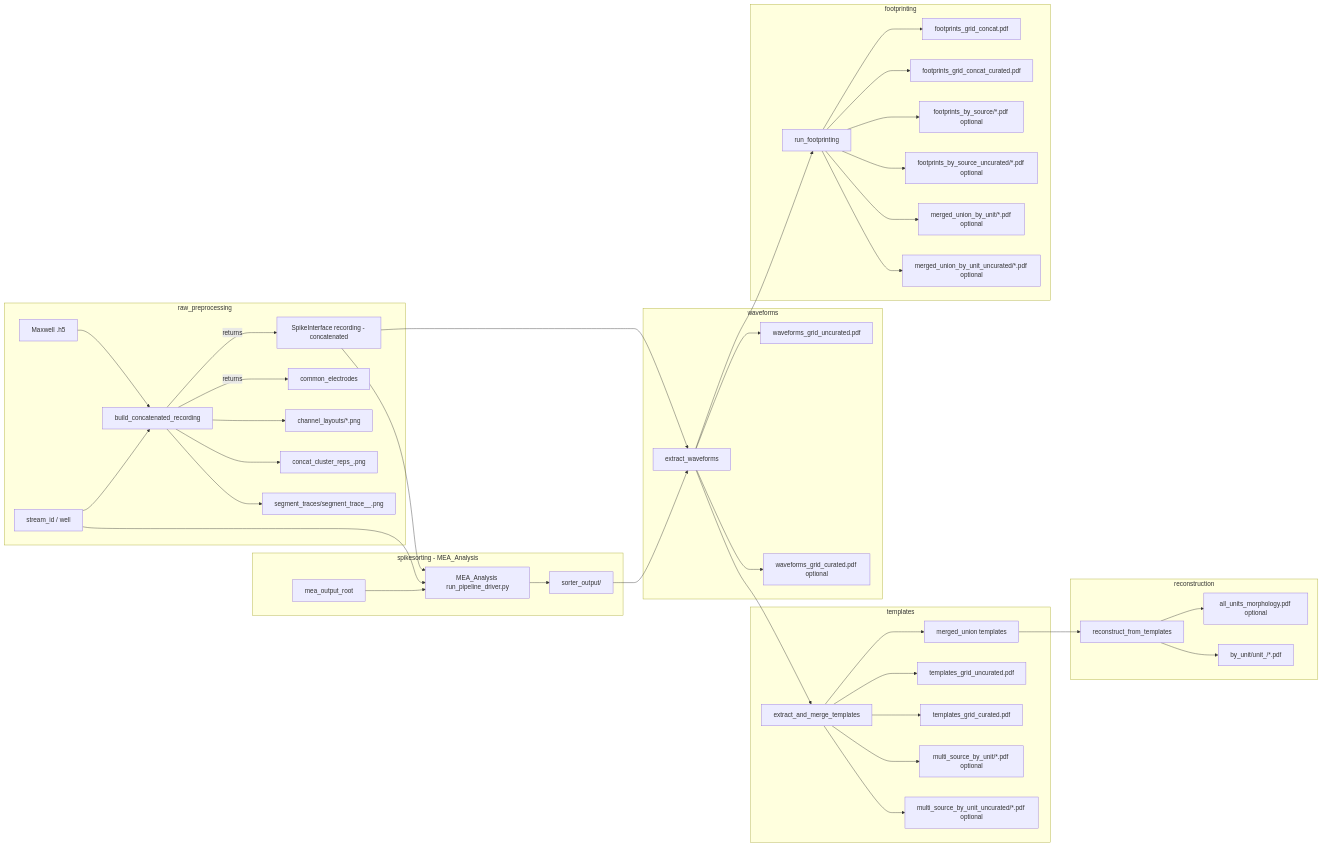
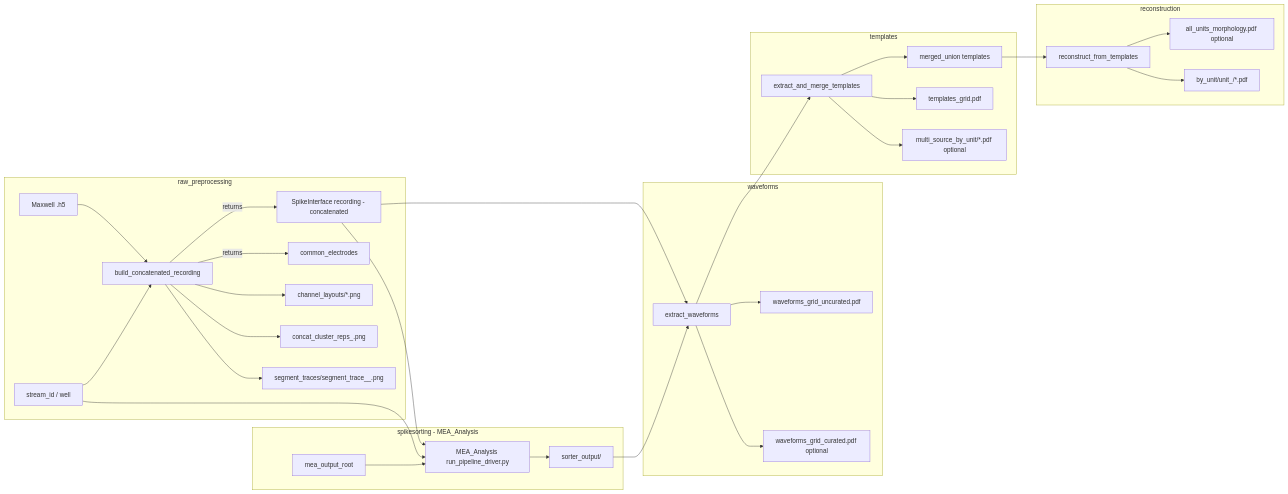
One commit to adamwea/axon_reconstructor changed the diagram in docs/diagrams/pipeline_overview.mmd. Above: the diagram before and after it, drawn with Mermaid. The commit also changed 40 other files, not shown here.

Commit message:
merged templates and footprinting to be just templates. Testing still needed

```diff
--- a/docs/diagrams/pipeline_overview.mmd
+++ b/docs/diagrams/pipeline_overview.mmd
@@ -1,72 +1,58 @@
 flowchart LR
   h5[Maxwell .h5]
   stream[stream_id / well]
   mea_root[mea_output_root]
 
   subgraph RP[raw_preprocessing]
     rp_fn[build_concatenated_recording]
     h5 --> rp_fn
     stream --> rp_fn
 
     rp_rec[SpikeInterface recording - concatenated]
     rp_common[common_electrodes]
 
     rp_fn -->|returns| rp_rec
     rp_fn -->|returns| rp_common
 
     rp_fn --> rp_layout[channel_layouts/*.png]
     rp_fn --> rp_concatplot[concat_cluster_reps_<stream_id>.png]
     rp_fn --> rp_segtraces[segment_traces/segment_trace_<stream_id>_<rec>.png]
   end
 
   subgraph SS[spikesorting - MEA_Analysis]
     ss_driver[MEA_Analysis run_pipeline_driver.py]
     rp_rec --> ss_driver
     stream --> ss_driver
     mea_root --> ss_driver
 
     ss_out[sorter_output/]
     ss_driver --> ss_out
   end
 
   subgraph WF[waveforms]
     wf_fn[extract_waveforms]
     rp_rec --> wf_fn
     ss_out --> wf_fn
 
     wf_fn --> wf_pdf1[waveforms_grid_uncurated.pdf]
     wf_fn --> wf_pdf2[waveforms_grid_curated.pdf optional]
   end
 
   subgraph TPL[templates]
     tpl_fn[extract_and_merge_templates]
     wf_fn --> tpl_fn
 
     tpl_merged[merged_union templates]
     tpl_fn --> tpl_merged
 
-    tpl_fn --> tpl_pdf1[templates_grid_uncurated.pdf]
-    tpl_fn --> tpl_pdf2[templates_grid_curated.pdf]
+    tpl_fn --> tpl_pdf1[templates_grid.pdf]
     tpl_fn --> tpl_ms1[multi_source_by_unit/*.pdf optional]
-    tpl_fn --> tpl_ms2[multi_source_by_unit_uncurated/*.pdf optional]
-  end
-
-  subgraph FP[footprinting]
-    fp_fn[run_footprinting]
-    wf_fn --> fp_fn
-
-    fp_fn --> fp_pdf1[footprints_grid_concat.pdf]
-    fp_fn --> fp_pdf2[footprints_grid_concat_curated.pdf]
-    fp_fn --> fp_pdf3[footprints_by_source/*.pdf optional]
-    fp_fn --> fp_pdf4[footprints_by_source_uncurated/*.pdf optional]
-    fp_fn --> fp_pdf5[merged_union_by_unit/*.pdf optional]
-    fp_fn --> fp_pdf6[merged_union_by_unit_uncurated/*.pdf optional]
   end
 
   subgraph RX[reconstruction]
     rx_fn[reconstruct_from_templates]
     tpl_merged --> rx_fn
 
     rx_fn --> rx_pdf_all[all_units_morphology.pdf optional]
     rx_fn --> rx_by_unit[by_unit/unit_<id>/*.pdf]
   end
```
